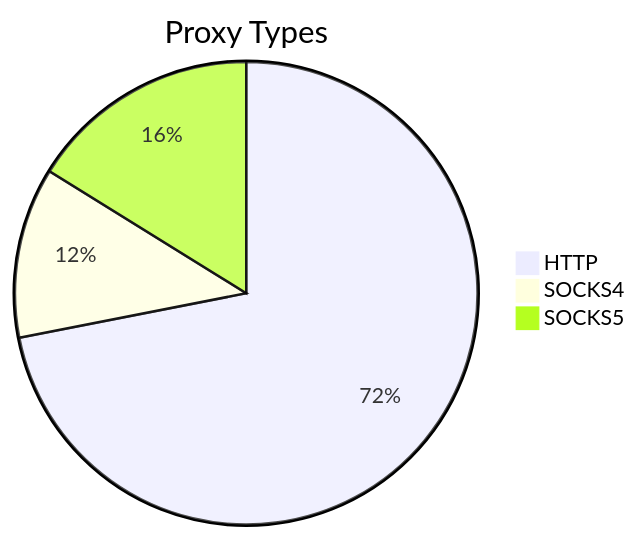
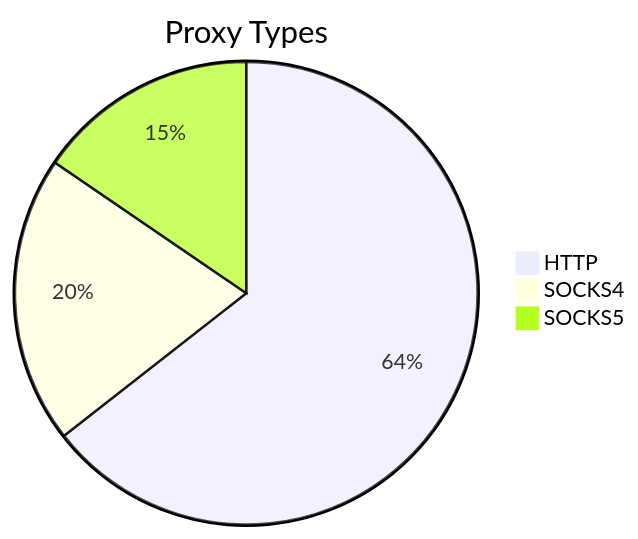
Before and after one commit to stormsia/proxy-list: the first of 2 diagrams in README.md, drawn with Mermaid. The commit also changed other lines of this file, not shown here.

````diff
--- a/README.md
+++ b/README.md
@@ -21,6 +21,6 @@
 ```mermaid
 pie title Proxy Types
-    "HTTP" : 169
-    "SOCKS4" : 28
-    "SOCKS5" : 38
+    "HTTP" : 375
+    "SOCKS4" : 117
+    "SOCKS5" : 90
 ```
````
